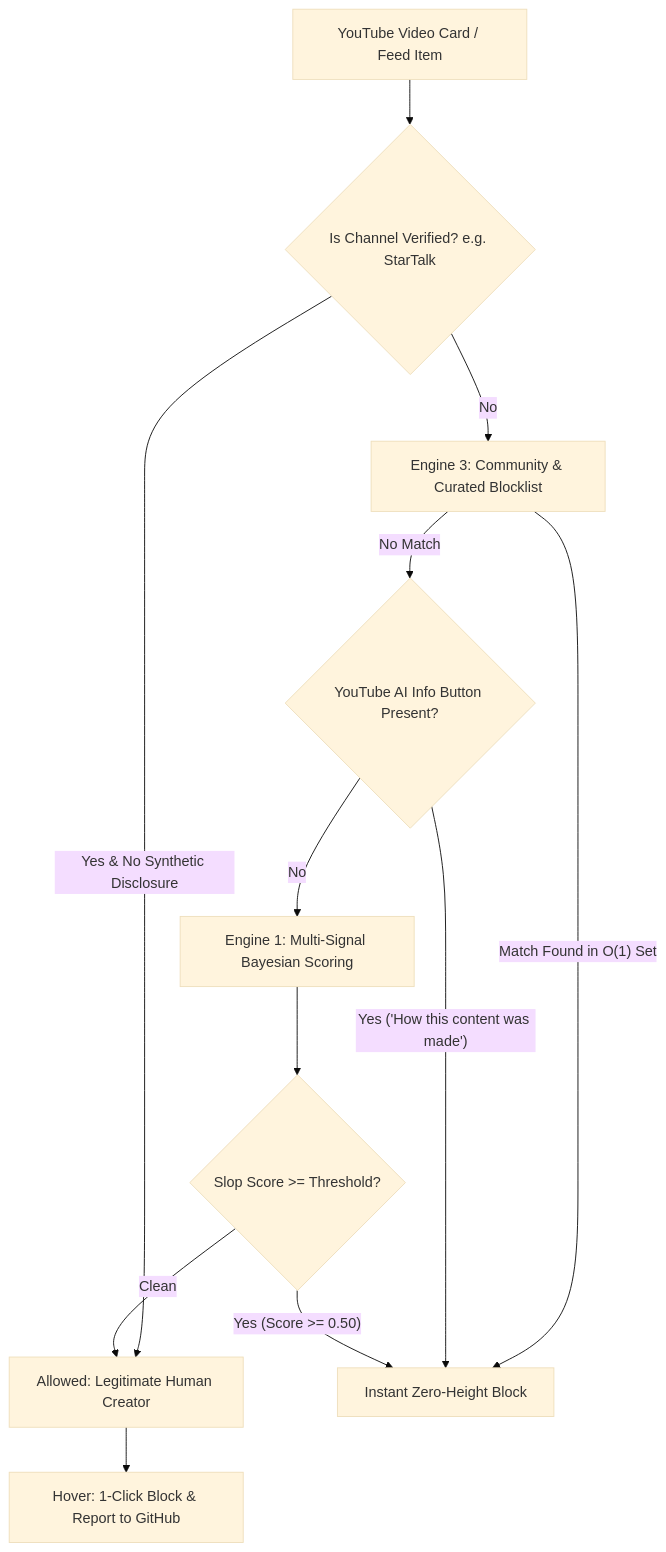
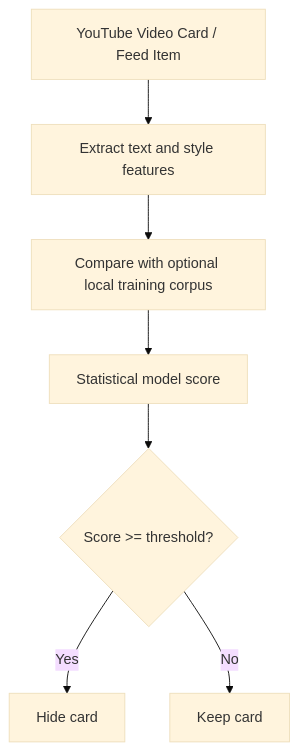
Before and after one commit to pranav256/block-ai-slop: the diagram in README.md, drawn with Mermaid (base theme). The commit also changed other lines of this file and 29 other files, not shown here.

Commit message:
fix(detection): Restore layered hybrid architecture, O(1) community consensus, ground-truth disclosures, and genre heuristics

````diff
--- a/README.md
+++ b/README.md
@@ -35,19 +32,9 @@
 ```mermaid
 flowchart TD
-    VideoCard[YouTube Video Card / Feed Item] --> VerifiedCheck{Is Channel Verified? e.g. StarTalk}
-    
-    VerifiedCheck -- Yes & No Synthetic Disclosure --> Allow[Allowed: Legitimate Human Creator]
-    VerifiedCheck -- No --> Community[Engine 3: Community & Curated Blocklist]
-    
-    Community -- Match Found in O(1) Set --> Block[Instant Zero-Height Block]
-    Community -- No Match --> DisclosureCheck{YouTube AI Info Button Present?}
-    
-    DisclosureCheck -- Yes ('How this content was made') --> Block
-    DisclosureCheck -- No --> Bayesian[Engine 1: Multi-Signal Bayesian Scoring]
-    
-    Bayesian --> ScoreCheck{Slop Score >= Threshold?}
-    ScoreCheck -- Yes (Score >= 0.50) --> Block
-    ScoreCheck -- Clean --> Allow
-    
-    Allow --> Hover[Hover: 1-Click Block & Report to GitHub]
+    VideoCard[YouTube Video Card / Feed Item] --> Features[Extract text and style features]
+    Features --> Training[Compare with optional local training corpus]
+    Training --> Score[Statistical model score]
+    Score --> Decision{Score >= threshold?}
+    Decision -- Yes --> Block[Hide card]
+    Decision -- No --> Allow[Keep card]
 ```
````
